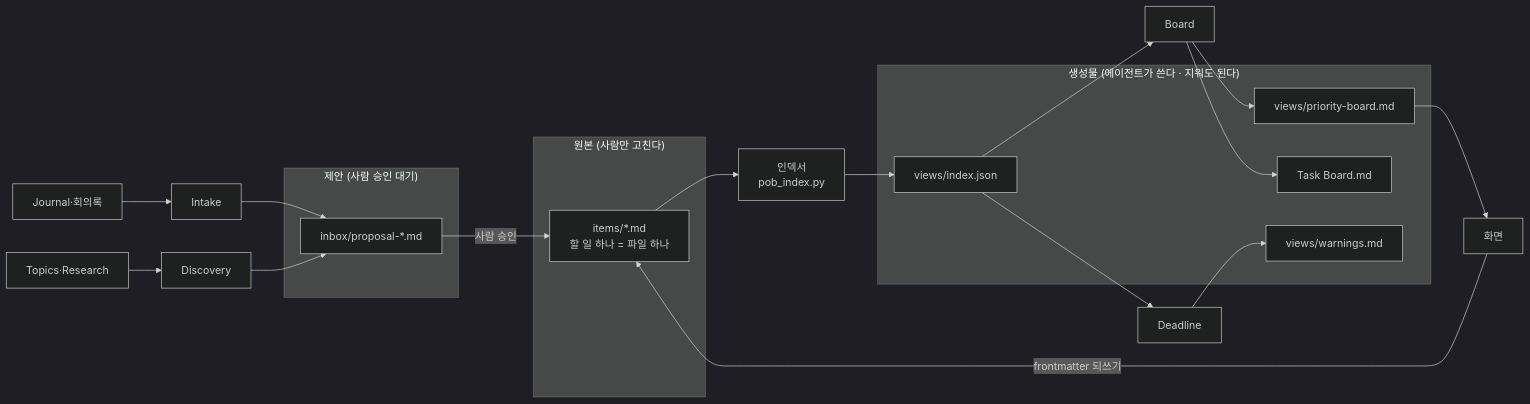
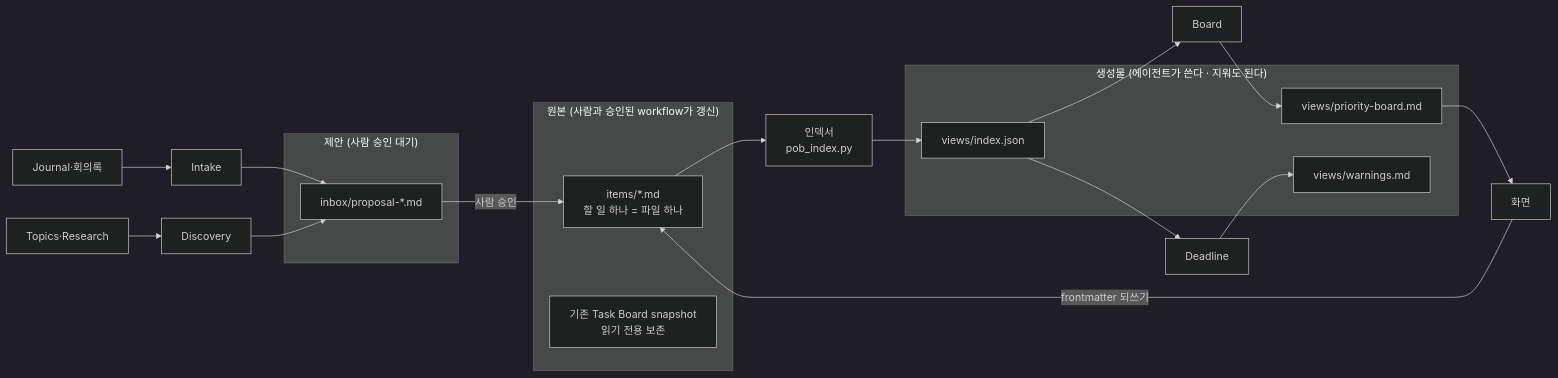
The diagram in Topics/Personal-Ops-Board/architecture/ARCHITECTURE.md (solkit70/CatchUpAI_VL), drawn with Mermaid (dark theme) before and after one commit. The commit also changed other lines of this file and 146 other files, not shown here.

````diff
--- a/Topics/Personal-Ops-Board/architecture/ARCHITECTURE.md
+++ b/Topics/Personal-Ops-Board/architecture/ARCHITECTURE.md
@@ -10,24 +10,23 @@
 ```mermaid
 flowchart LR
-  subgraph 원본["원본 (사람만 고친다)"]
+  subgraph 원본["원본 (사람과 승인된 workflow가 갱신)"]
     IT[items/*.md<br/>할 일 하나 = 파일 하나]
+    TB[기존 Task Board snapshot<br/>읽기 전용 보존]
   end
   subgraph 생성물["생성물 (에이전트가 쓴다 · 지워도 된다)"]
     IX[views/index.json]
     PB[views/priority-board.md]
     WR[views/warnings.md]
-    TB[Task Board.md]
   end
   subgraph 제안["제안 (사람 승인 대기)"]
     IN[inbox/proposal-*.md]
   end
   IT --> IDX[인덱서<br/>pob_index.py] --> IX
   IX --> B[Board] --> PB
-  B --> TB
   IX --> DL[Deadline] --> WR
   J[Journal·회의록] --> INT[Intake] --> IN
   V[Topics·Research] --> DS[Discovery] --> IN
   IN -->|사람 승인| IT
   PB --> UI[화면]
   UI -->|frontmatter 되쓰기| IT
 ```
````
